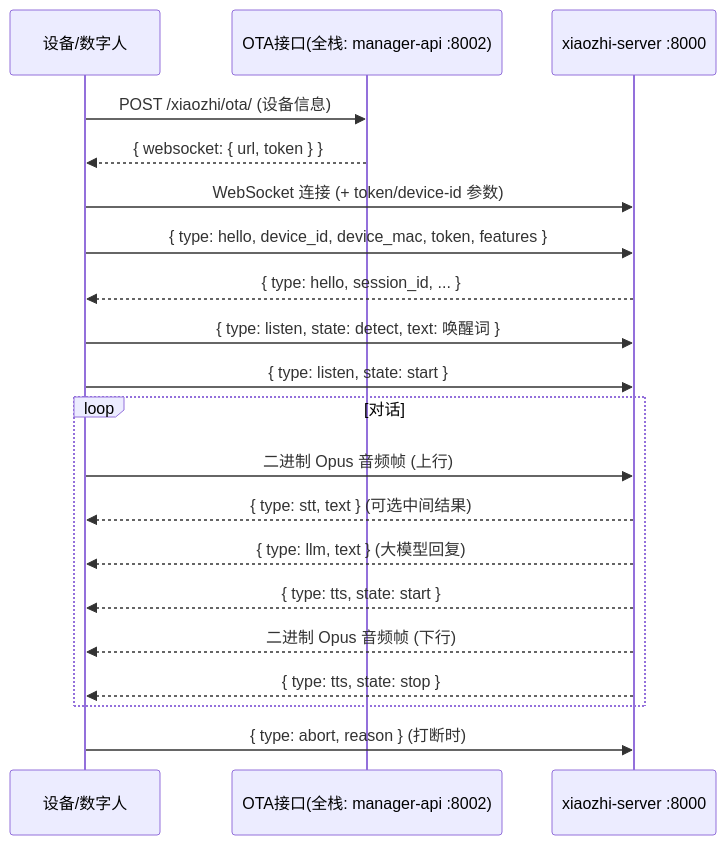
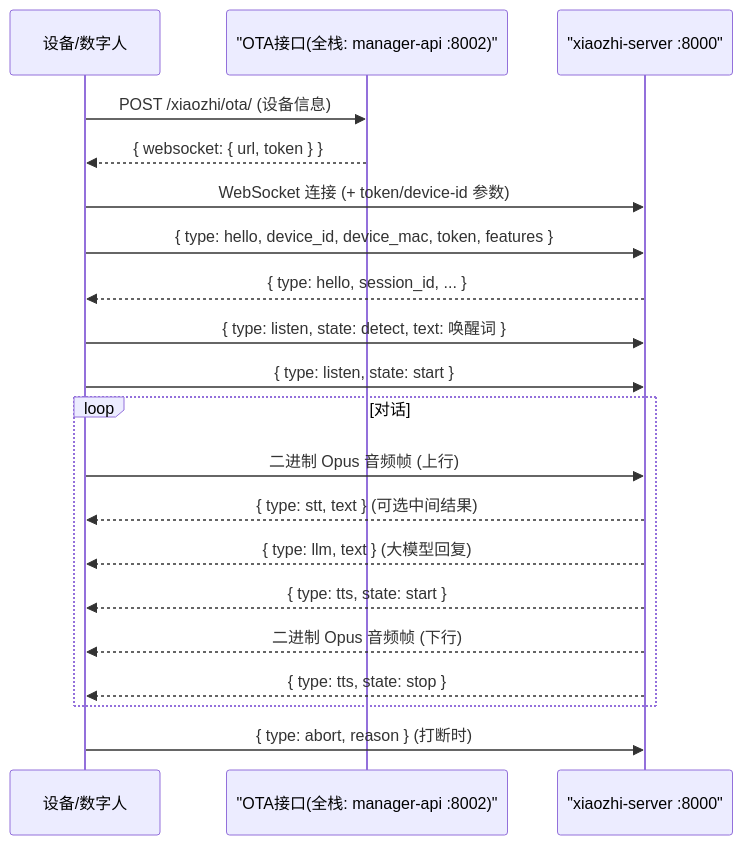
The diagram in my_explorations/mental-model/04-device-protocol.md (melbww/xiaozhi-esp32-server), drawn with Mermaid before and after one commit. The commit also changed 7 other files, not shown here.

````diff
--- a/my_explorations/mental-model/04-device-protocol.md
+++ b/my_explorations/mental-model/04-device-protocol.md
@@ -24,23 +24,23 @@
 ```mermaid
 sequenceDiagram
     participant Dev as 设备/数字人
-    participant OTA as OTA接口(全栈: manager-api :8002)
-    participant WS as xiaozhi-server :8000
+    participant OTA as "OTA接口(全栈: manager-api :8002)"
+    participant WS as "xiaozhi-server :8000"
 
     Dev->>OTA: POST /xiaozhi/ota/ (设备信息)
     OTA-->>Dev: { websocket: { url, token } }
     Dev->>WS: WebSocket 连接 (+ token/device-id 参数)
     Dev->>WS: { type: hello, device_id, device_mac, token, features }
     WS-->>Dev: { type: hello, session_id, ... }
     Dev->>WS: { type: listen, state: detect, text: 唤醒词 }
     Dev->>WS: { type: listen, state: start }
     loop 对话
         Dev->>WS: 二进制 Opus 音频帧 (上行)
         WS-->>Dev: { type: stt, text } (可选中间结果)
         WS-->>Dev: { type: llm, text } (大模型回复)
         WS-->>Dev: { type: tts, state: start }
         WS-->>Dev: 二进制 Opus 音频帧 (下行)
         WS-->>Dev: { type: tts, state: stop }
     end
     Dev->>WS: { type: abort, reason } (打断时)
 ```
````
